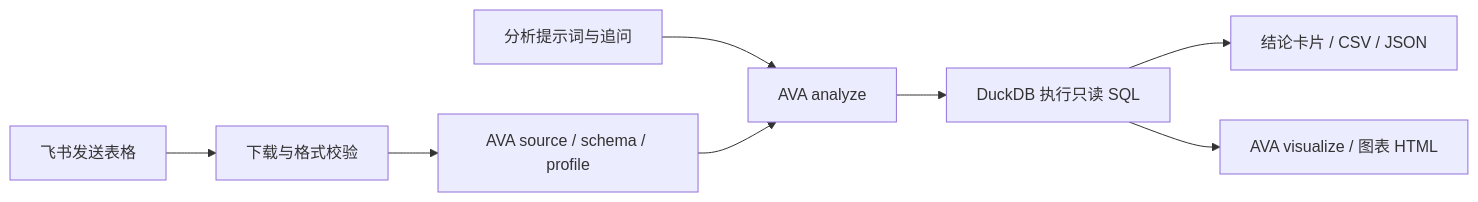
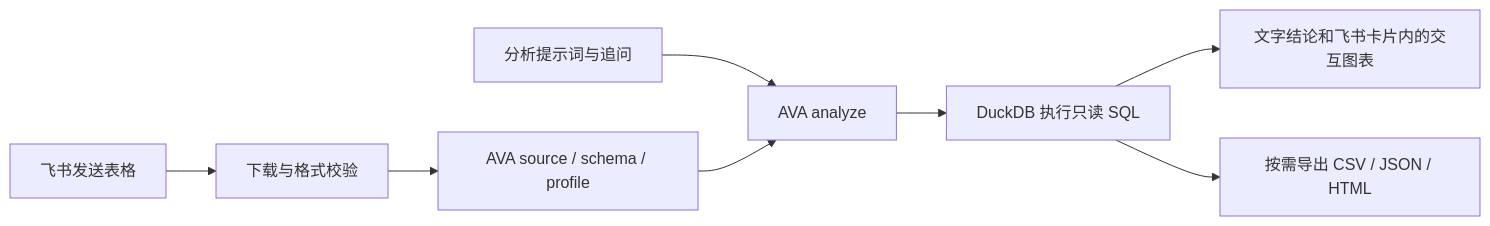
The diagram in README.md (Keikeikm/ava-feishu-bot), drawn with Mermaid before and after one commit. The commit also changed other lines of this file and 17 other files, not shown here.

````diff
--- a/README.md
+++ b/README.md
@@ -7,10 +7,10 @@
 ```mermaid
 flowchart LR
     A[飞书发送表格] --> B[下载与格式校验]
     B --> C[AVA source / schema / profile]
     D[分析提示词与追问] --> E[AVA analyze]
     C --> E
     E --> F[DuckDB 执行只读 SQL]
-    F --> G[结论卡片 / CSV / JSON]
-    F --> H[AVA visualize / 图表 HTML]
+    F --> G[文字结论和飞书卡片内的交互图表]
+    F --> H[按需导出 CSV / JSON / HTML]
 ```
````
